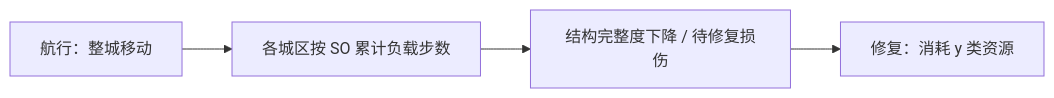
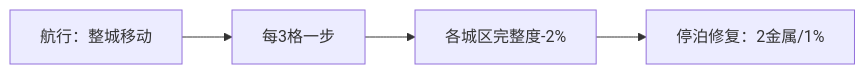
The diagram in Docs/02-系统设计/03-图层与地点/建筑层/城区总览.md (Estrella6066773/DriveToLight), drawn with Mermaid before and after one commit. The commit also changed other lines of this file and 23 other files, not shown here.

````diff
--- a/Docs/02-系统设计/03-图层与地点/建筑层/城区总览.md
+++ b/Docs/02-系统设计/03-图层与地点/建筑层/城区总览.md
@@ -60,6 +62,6 @@
 ```mermaid
 flowchart LR
-    Move[航行：整城移动] --> Acc[各城区按 SO 累计负载步数]
-    Acc --> Dmg[结构完整度下降 / 待修复损伤]
-    Dmg --> Fix[修复：消耗 y 类资源]
+    Move[航行：整城移动] --> Acc[每3格一步]
+    Acc --> Dmg[各城区完整度-2%]
+    Dmg --> Fix[停泊修复：2金属/1%]
 ```
````
